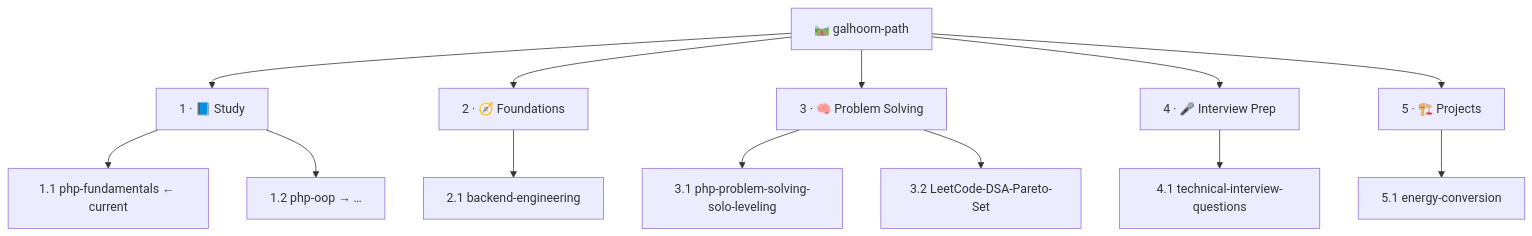
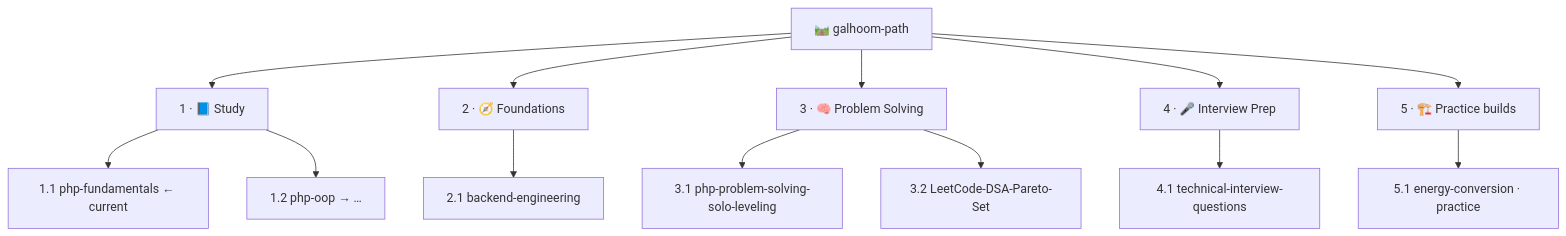
One commit to Galhoom22/Galhoom22 changed the second of 2 diagrams in README.md. Above: the diagram before and after it, drawn with Mermaid. The commit also changed other lines of this file, not shown here.

First line of the commit message:
Sync personal profile journey labels with practice-build Track 5.

````diff
--- a/README.md
+++ b/README.md
@@ -74,16 +74,16 @@
 ```mermaid
 flowchart TB
   ORG["🛤️ galhoom-path"]
   ORG --> S["1 · 📘 Study"]
   ORG --> F["2 · 🧭 Foundations"]
   ORG --> P["3 · 🧠 Problem Solving"]
   ORG --> I["4 · 🎤 Interview Prep"]
-  ORG --> R["5 · 🏗️ Projects"]
+  ORG --> R["5 · 🏗️ Practice builds"]
   S --> S1["1.1 php-fundamentals ← current"]
   S --> S2["1.2 php-oop → …"]
   F --> F1["2.1 backend-engineering"]
   P --> P1["3.1 php-problem-solving-solo-leveling"]
   P --> P2["3.2 LeetCode-DSA-Pareto-Set"]
   I --> I1["4.1 technical-interview-questions"]
-  R --> R1["5.1 energy-conversion"]
+  R --> R1["5.1 energy-conversion · practice"]
 ```
````
